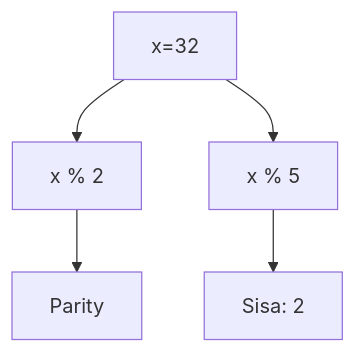
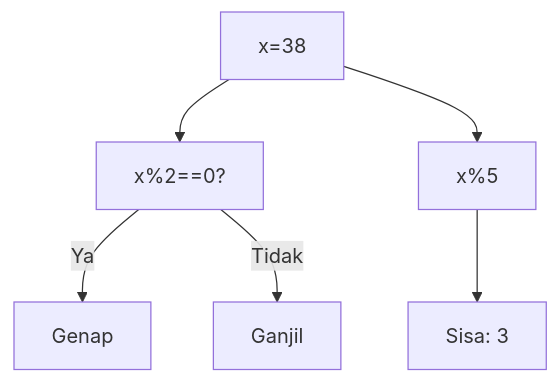
Before and after one commit to amnahwaida/OSNK_INF_PREP: diagram 16 of 25 in part-c-pemahaman-cpp/03-perulangan/latihan/set-07.md, drawn with Mermaid. The commit also changed other lines of this file and 71 other files, not shown here.

Commit message:
Fixed Mermaid syntax lexical errors with quoted labels in 1,800 questions

````diff
--- a/part-c-pemahaman-cpp/03-perulangan/latihan/set-07.md
+++ b/part-c-pemahaman-cpp/03-perulangan/latihan/set-07.md
@@ -420,7 +499,8 @@
 ```mermaid
 graph TD
-A[x=32] --> B[x % 2]
-B --> C[Parity]
-A --> D[x % 5]
-D --> E[Sisa: 2]
+A["x=38"] --> B["x%2==0?"]
+B -- Ya --> C["Genap"]
+B -- Tidak --> D["Ganjil"]
+A --> E["x%5"]
+E --> F["Sisa: 3"]
 ```
````
